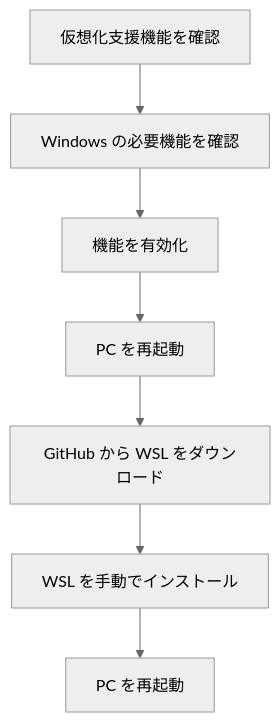
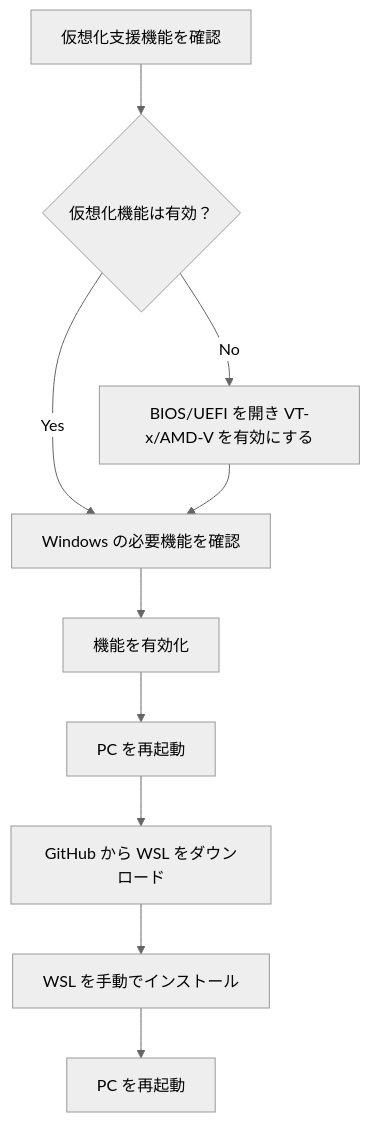
One commit to atsushifx/zenn-dev changed the diagram in articles/wsl2-setup-without-wsl-command.md. Above: the diagram before and after it, drawn with Mermaid (neutral theme). The commit also changed other lines of this file, not shown here.

Commit message:
fix(wsl2-setup): レビューに従い、文章を修正

````diff
--- a/articles/wsl2-setup-without-wsl-command.md
+++ b/articles/wsl2-setup-without-wsl-command.md
@@ -175,9 +178,14 @@
 ```mermaid
 graph TD
-  A["仮想化支援機能を確認"] --> B[Windows の必要機能を確認]
-  B --> C[機能を有効化]
-  C --> D[PC を再起動]
-  D --> E[GitHub から WSL をダウンロード]
-  E --> F[WSL を手動でインストール]
-  F --> G[PC を再起動]
+  A["仮想化支援機能を確認"] --> B{仮想化機能は有効？}
+  B -- Yes --> C[Windows の必要機能を確認]
+  B -- No --> D[BIOS/UEFI を開き VT-x/AMD-V を有効にする]
+  D --> C
+
+  C --> E[機能を有効化]
+  E --> F[PC を再起動]
+  F --> G[GitHub から WSL をダウンロード]
+  G --> H[WSL を手動でインストール]
+  H --> I[PC を再起動]
+
 ```
````
